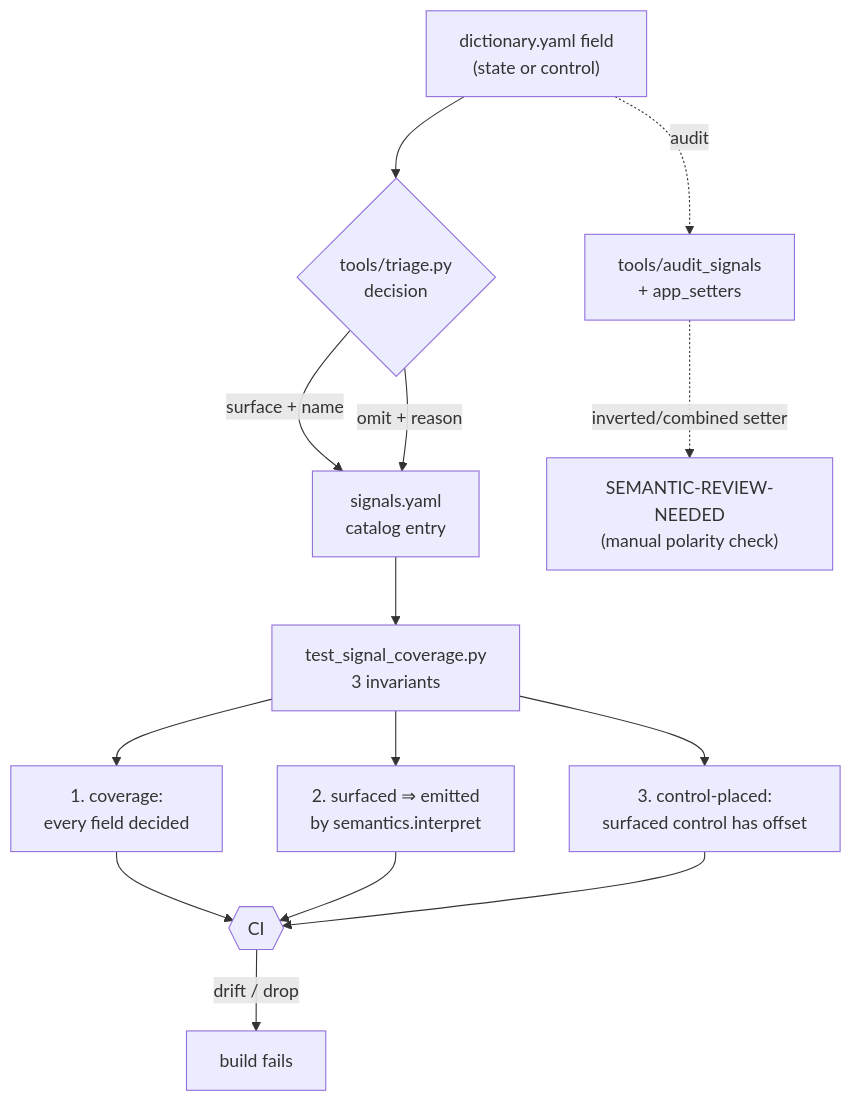
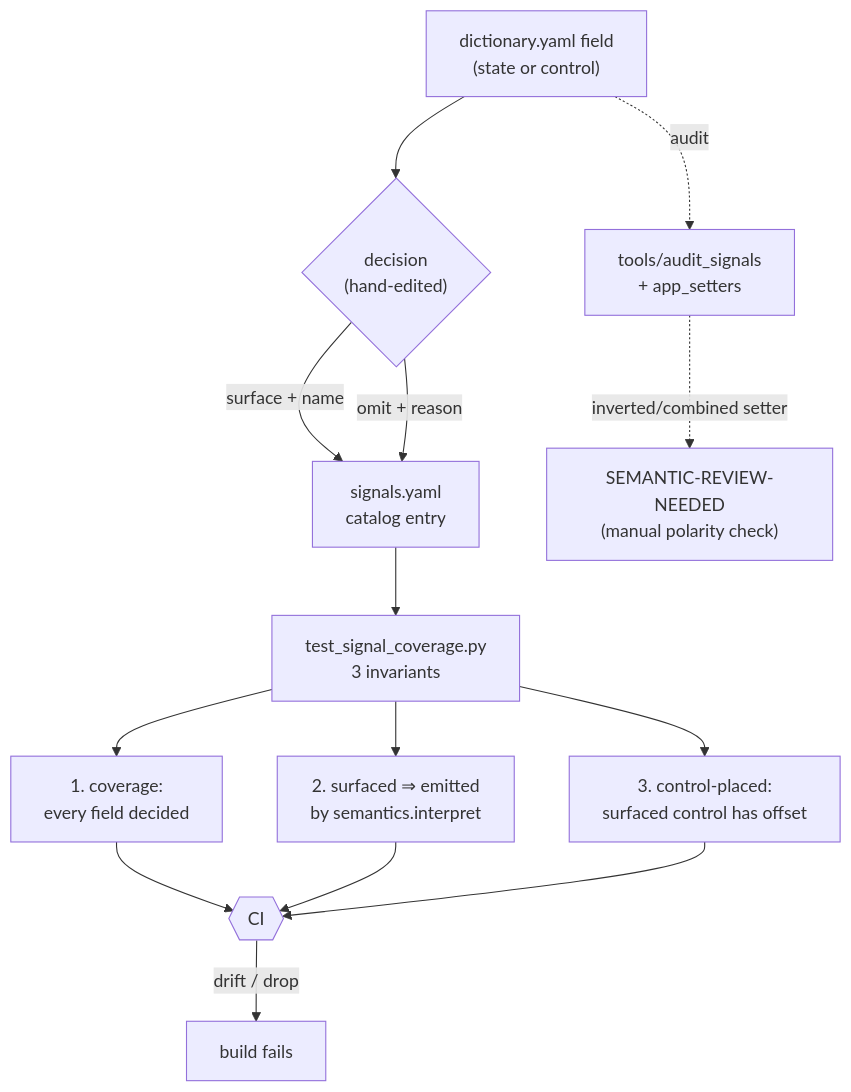
The diagram in docs/business-logic/signals.md (ckeller42/open-california), drawn with Mermaid before and after one commit. The commit also changed other lines of this file and 7 other files, not shown here.

First line of the commit message:
signals: hand-edit protocol/signals.yaml, drop the stale triage generator (#240)

````diff
--- a/docs/business-logic/signals.md
+++ b/docs/business-logic/signals.md
@@ -17,16 +17,16 @@
 ```mermaid
 flowchart TD
-  DF["dictionary.yaml field\n(state or control)"] --> TR{"tools/triage.py\ndecision"}
+  DF["dictionary.yaml field\n(state or control)"] --> TR{"decision\n(hand-edited)"}
   TR -->|surface + name| SY["signals.yaml\ncatalog entry"]
   TR -->|omit + reason| SY
   SY --> INV["test_signal_coverage.py\n3 invariants"]
   INV --> I1["1. coverage:\nevery field decided"]
   INV --> I2["2. surfaced ⇒ emitted\nby semantics.interpret"]
   INV --> I3["3. control-placed:\nsurfaced control has offset"]
   I1 --> CI{{CI}}
   I2 --> CI
   I3 --> CI
   CI -->|drift / drop| FAIL["build fails"]
   DF -.audit.-> AUD["tools/audit_signals\n+ app_setters"]
   AUD -.inverted/combined setter.-> SRN["SEMANTIC-REVIEW-NEEDED\n(manual polarity check)"]
 ```
````
